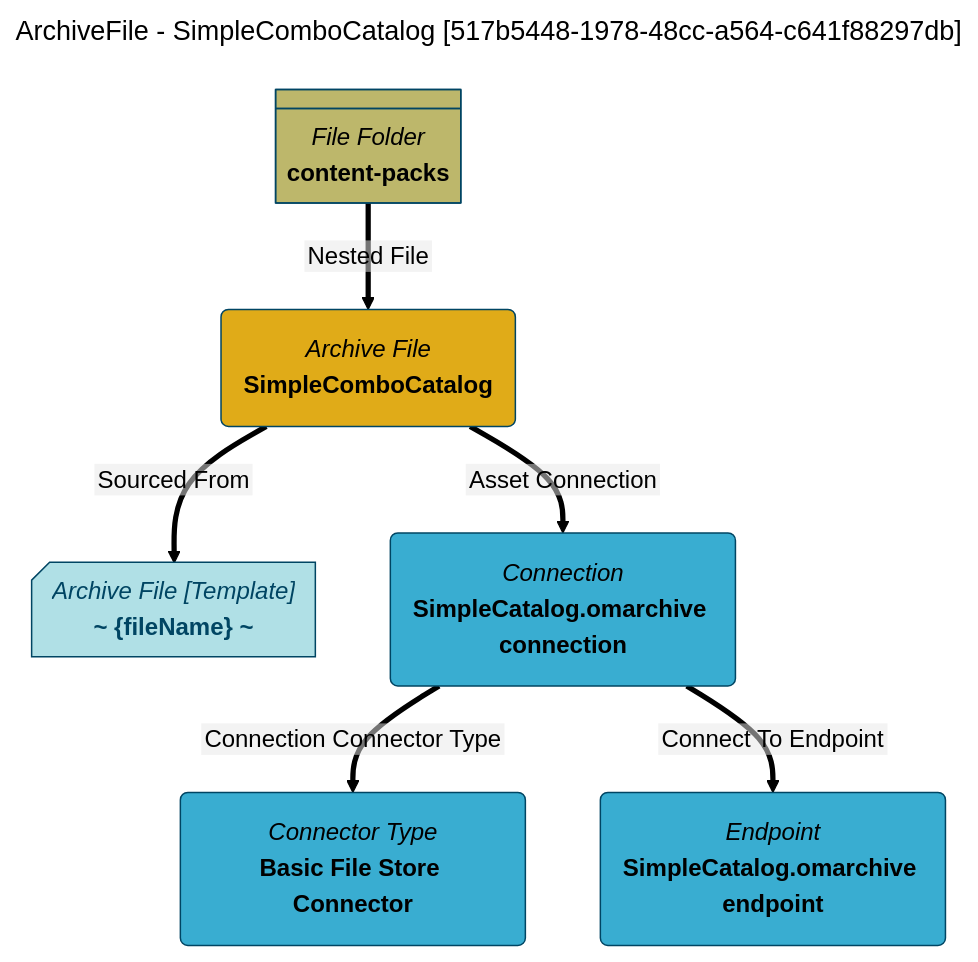
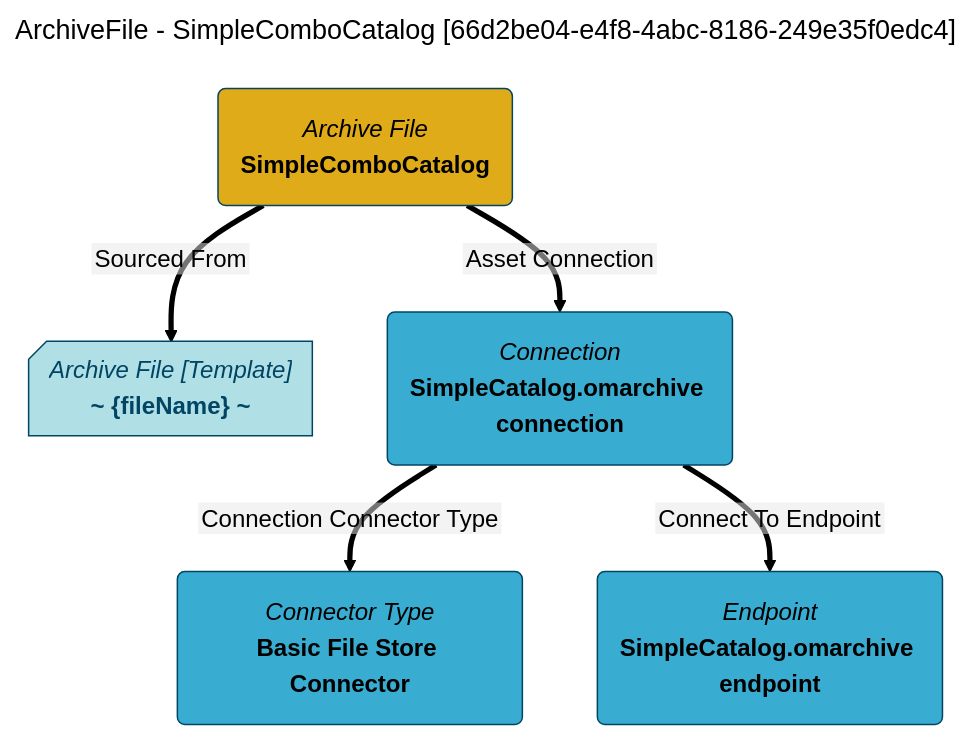
The diagram in site/snippets/data-assets/simplecombocatalog-mermaid-graph.md (odpi/egeria-docs), drawn with Mermaid (forest theme) before and after one commit. The commit also changed 2201 other files, not shown here.

````diff
--- a/site/snippets/data-assets/simplecombocatalog-mermaid-graph.md
+++ b/site/snippets/data-assets/simplecombocatalog-mermaid-graph.md
@@ -1,31 +1,27 @@
 ```mermaid
 ---
-title: ArchiveFile - SimpleComboCatalog [517b5448-1978-48cc-a564-c641f88297db]
+title: ArchiveFile - SimpleComboCatalog [66d2be04-e4f8-4abc-8186-249e35f0edc4]
 ---
 flowchart TD
 %%{init: {"flowchart": {"htmlLabels": false}} }%%
 
 1@{ shape: rounded, label: "*Archive File*
 **SimpleComboCatalog**"}
 2@{ shape: card, label: "*Archive File [Template]*
 **~ {fileName} ~**"}
 1==>|"Sourced From"|2
 3@{ shape: rounded, label: "*Connection*
 **SimpleCatalog.omarchive connection**"}
 1==>|"Asset Connection"|3
 4@{ shape: rounded, label: "*Connector Type*
 **Basic File Store Connector**"}
 3==>|"Connection Connector Type"|4
 5@{ shape: rounded, label: "*Endpoint*
 **SimpleCatalog.omarchive endpoint**"}
 3==>|"Connect To Endpoint"|5
-6@{ shape: div-rect, label: "*File Folder*
-**content-packs**"}
-6==>|"Nested File"|1
 style 1 color:#000000, fill:#e0ab18, stroke:#004563
 style 2 color:#004563, fill:#b0e0e6, stroke:#004563
 style 3 color:#000000, fill:#39add1, stroke:#004563
 style 4 color:#000000, fill:#39add1, stroke:#004563
 style 5 color:#000000, fill:#39add1, stroke:#004563
-style 6 color:#000000, fill:#bdb76b, stroke:#004563
 ```
````
